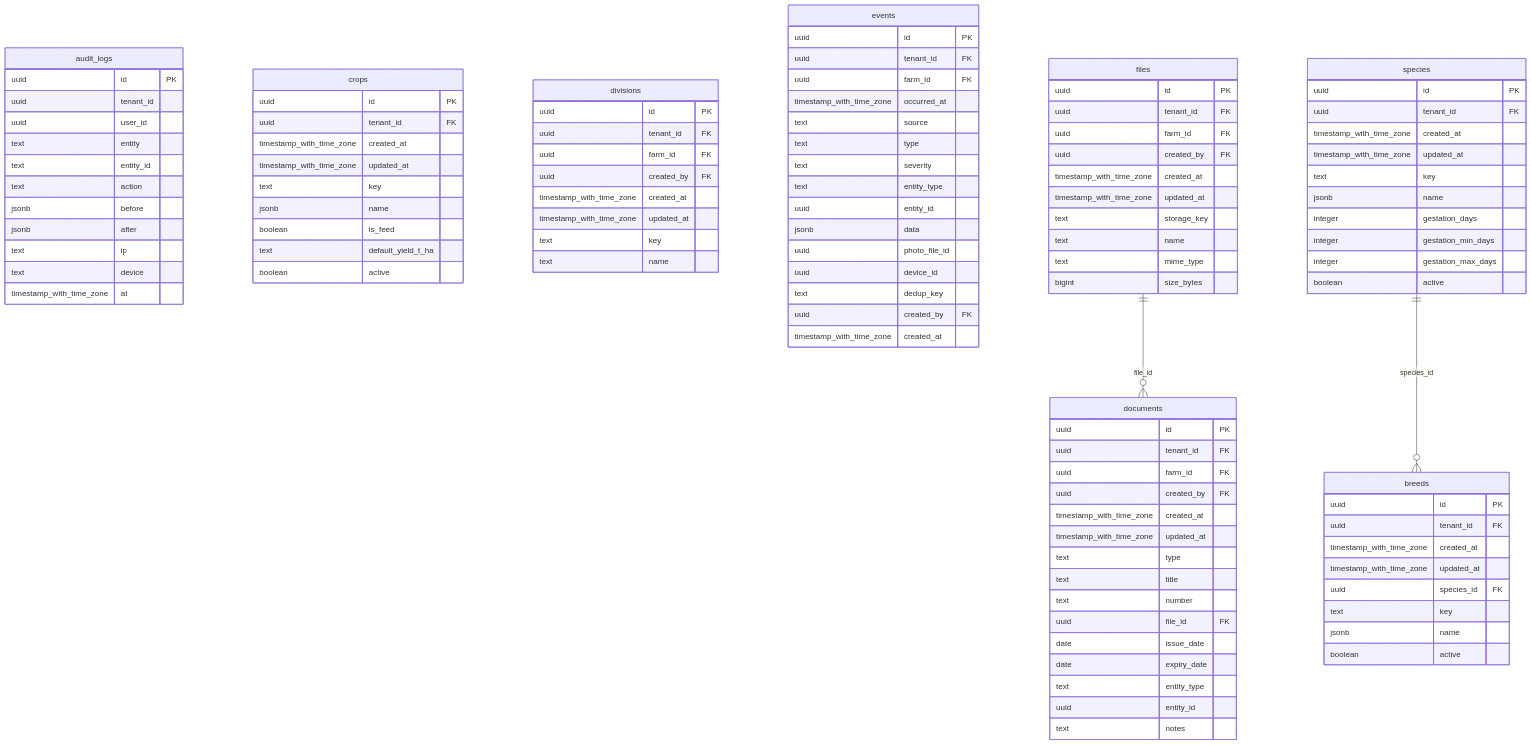
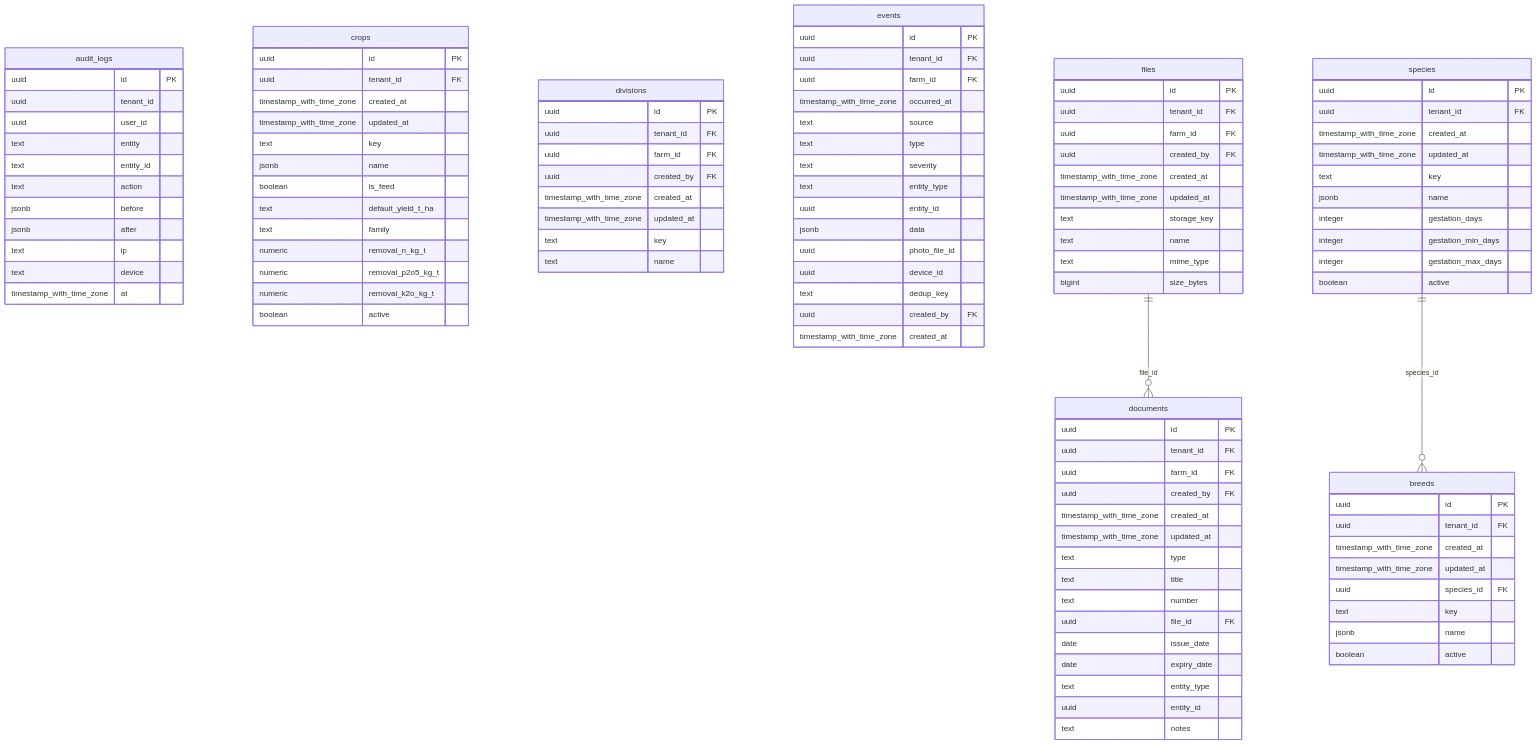
One commit to khurshidnm/yuksalish-agro changed the second of 15 diagrams in docs/erd.md. Above: the diagram before and after it, drawn with Mermaid. The commit also changed other lines of this file and 367 other files, not shown here.

```diff
--- a/docs/erd.md
+++ b/docs/erd.md
@@ -230,6 +230,10 @@
     jsonb name
     boolean is_feed
     text default_yield_t_ha
+    text family
+    numeric removal_n_kg_t
+    numeric removal_p2o5_kg_t
+    numeric removal_k2o_kg_t
     boolean active
   }
   divisions {
```
